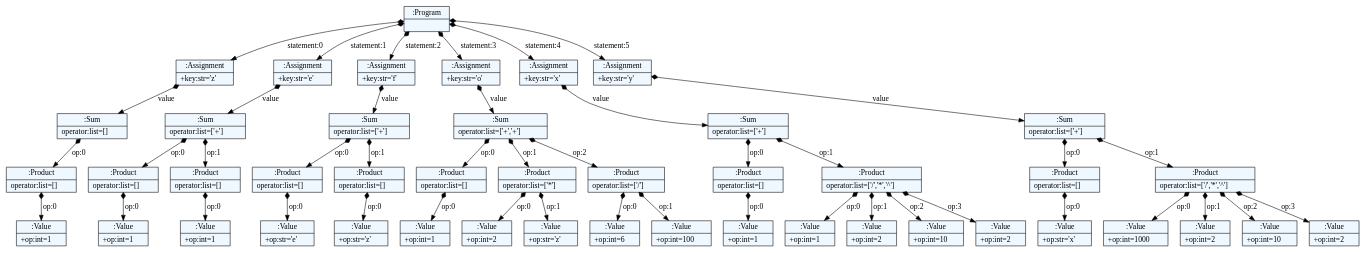
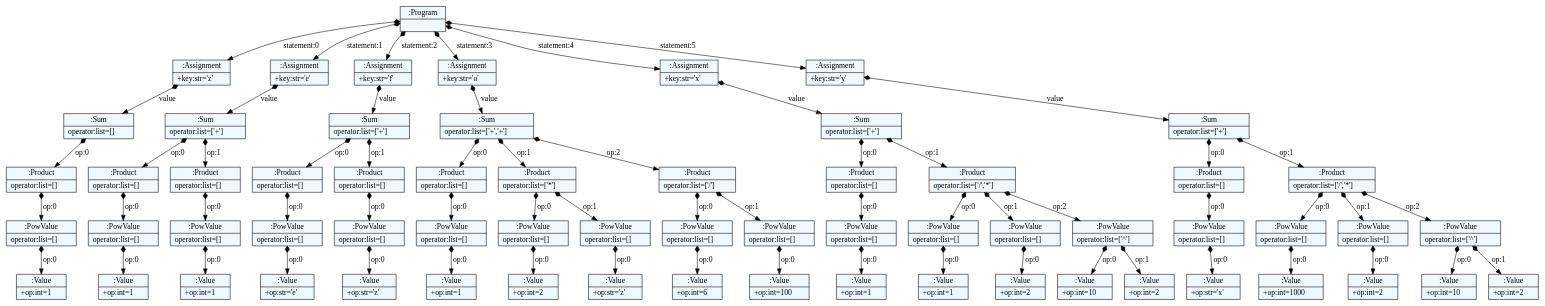
One commit to robinjack/dsl_for_data_analysis changed the diagram in examples/test_arithmetic_expression.dot. Above: the diagram before and after it, drawn with Graphviz. The commit also changed 18 other files, not shown here.

```diff
--- a/examples/test_arithmetic_expression.dot
+++ b/examples/test_arithmetic_expression.dot
@@ -1,104 +1,140 @@
 
     digraph textX {
     fontname = "Bitstream Vera Sans"
     fontsize = 8
     node[
         shape=record,
         style=filled,
         fillcolor=aliceblue
     ]
     nodesep = 0.3
     edge[dir=black,arrowtail=empty]
 
 
-4537915472 -> 4537915152 [label="statement:0" arrowtail=diamond dir=both]
-4537915152 -> 4537916304 [label="value" arrowtail=diamond dir=both]
-4537916304 -> 4538024272 [label="op:0" arrowtail=diamond dir=both]
-4538024272 -> 4538025040 [label="op:0" arrowtail=diamond dir=both]
-4538025040[label="{:Value|+op:int=1\l}"]
-4538024272[label="{:Product|operator:list=[]\l}"]
-4537916304[label="{:Sum|operator:list=[]\l}"]
-4537915152[label="{:Assignment|+key:str='z'\l}"]
-4537915472 -> 4537913680 [label="statement:1" arrowtail=diamond dir=both]
-4537913680 -> 4537915536 [label="value" arrowtail=diamond dir=both]
-4537915536 -> 4538024336 [label="op:0" arrowtail=diamond dir=both]
-4538024336 -> 4538025744 [label="op:0" arrowtail=diamond dir=both]
-4538025744[label="{:Value|+op:int=1\l}"]
-4538024336[label="{:Product|operator:list=[]\l}"]
-4537915536 -> 4538025488 [label="op:1" arrowtail=diamond dir=both]
-4538025488 -> 4538025424 [label="op:0" arrowtail=diamond dir=both]
-4538025424[label="{:Value|+op:int=1\l}"]
-4538025488[label="{:Product|operator:list=[]\l}"]
-4537915536[label="{:Sum|operator:list=['+']\l}"]
-4537913680[label="{:Assignment|+key:str='e'\l}"]
-4537915472 -> 4537915280 [label="statement:2" arrowtail=diamond dir=both]
-4537915280 -> 4538024976 [label="value" arrowtail=diamond dir=both]
-4538024976 -> 4538025552 [label="op:0" arrowtail=diamond dir=both]
-4538025552 -> 4538025936 [label="op:0" arrowtail=diamond dir=both]
-4538025936[label="{:Value|+op:str='e'\l}"]
-4538025552[label="{:Product|operator:list=[]\l}"]
-4538024976 -> 4538025808 [label="op:1" arrowtail=diamond dir=both]
-4538025808 -> 4538025872 [label="op:0" arrowtail=diamond dir=both]
-4538025872[label="{:Value|+op:str='z'\l}"]
-4538025808[label="{:Product|operator:list=[]\l}"]
-4538024976[label="{:Sum|operator:list=['+']\l}"]
-4537915280[label="{:Assignment|+key:str='f'\l}"]
-4537915472 -> 4538024656 [label="statement:3" arrowtail=diamond dir=both]
-4538024656 -> 4538025104 [label="value" arrowtail=diamond dir=both]
-4538025104 -> 4538024912 [label="op:0" arrowtail=diamond dir=both]
-4538024912 -> 4538024016 [label="op:0" arrowtail=diamond dir=both]
-4538024016[label="{:Value|+op:int=1\l}"]
-4538024912[label="{:Product|operator:list=[]\l}"]
-4538025104 -> 4538026192 [label="op:1" arrowtail=diamond dir=both]
-4538026192 -> 4538026128 [label="op:0" arrowtail=diamond dir=both]
-4538026128[label="{:Value|+op:int=2\l}"]
-4538026192 -> 4538026384 [label="op:1" arrowtail=diamond dir=both]
-4538026384[label="{:Value|+op:str='z'\l}"]
-4538026192[label="{:Product|operator:list=['*']\l}"]
-4538025104 -> 4538024592 [label="op:2" arrowtail=diamond dir=both]
-4538024592 -> 4538026448 [label="op:0" arrowtail=diamond dir=both]
-4538026448[label="{:Value|+op:int=6\l}"]
-4538024592 -> 4538026320 [label="op:1" arrowtail=diamond dir=both]
-4538026320[label="{:Value|+op:int=100\l}"]
-4538024592[label="{:Product|operator:list=['/']\l}"]
-4538025104[label="{:Sum|operator:list=['+','+']\l}"]
-4538024656[label="{:Assignment|+key:str='o'\l}"]
-4537915472 -> 4538026000 [label="statement:4" arrowtail=diamond dir=both]
-4538026000 -> 4538024848 [label="value" arrowtail=diamond dir=both]
-4538024848 -> 4538026512 [label="op:0" arrowtail=diamond dir=both]
-4538026512 -> 4538026576 [label="op:0" arrowtail=diamond dir=both]
-4538026576[label="{:Value|+op:int=1\l}"]
-4538026512[label="{:Product|operator:list=[]\l}"]
-4538024848 -> 4538026832 [label="op:1" arrowtail=diamond dir=both]
-4538026832 -> 4538026768 [label="op:0" arrowtail=diamond dir=both]
-4538026768[label="{:Value|+op:int=1\l}"]
-4538026832 -> 4538027024 [label="op:1" arrowtail=diamond dir=both]
-4538027024[label="{:Value|+op:int=2\l}"]
-4538026832 -> 4538027088 [label="op:2" arrowtail=diamond dir=both]
-4538027088[label="{:Value|+op:int=10\l}"]
-4538026832 -> 4538027152 [label="op:3" arrowtail=diamond dir=both]
-4538027152[label="{:Value|+op:int=2\l}"]
-4538026832[label="{:Product|operator:list=['/','*','^']\l}"]
-4538024848[label="{:Sum|operator:list=['+']\l}"]
-4538026000[label="{:Assignment|+key:str='x'\l}"]
-4537915472 -> 4538025680 [label="statement:5" arrowtail=diamond dir=both]
-4538025680 -> 4538026704 [label="value" arrowtail=diamond dir=both]
-4538026704 -> 4538027216 [label="op:0" arrowtail=diamond dir=both]
-4538027216 -> 4538027344 [label="op:0" arrowtail=diamond dir=both]
-4538027344[label="{:Value|+op:str='x'\l}"]
-4538027216[label="{:Product|operator:list=[]\l}"]
-4538026704 -> 4538027472 [label="op:1" arrowtail=diamond dir=both]
-4538027472 -> 4538027408 [label="op:0" arrowtail=diamond dir=both]
-4538027408[label="{:Value|+op:int=1000\l}"]
-4538027472 -> 4538027664 [label="op:1" arrowtail=diamond dir=both]
-4538027664[label="{:Value|+op:int=2\l}"]
-4538027472 -> 4538027728 [label="op:2" arrowtail=diamond dir=both]
-4538027728[label="{:Value|+op:int=10\l}"]
-4538027472 -> 4538027792 [label="op:3" arrowtail=diamond dir=both]
-4538027792[label="{:Value|+op:int=2\l}"]
-4538027472[label="{:Product|operator:list=['/','*','^']\l}"]
-4538026704[label="{:Sum|operator:list=['+']\l}"]
-4538025680[label="{:Assignment|+key:str='y'\l}"]
-4537915472[label="{:Program|}"]
+4636895504 -> 4636809488 [label="statement:0" arrowtail=diamond dir=both]
+4636809488 -> 4636807504 [label="value" arrowtail=diamond dir=both]
+4636807504 -> 4636807696 [label="op:0" arrowtail=diamond dir=both]
+4636807696 -> 4637021776 [label="op:0" arrowtail=diamond dir=both]
+4637021776 -> 4637021904 [label="op:0" arrowtail=diamond dir=both]
+4637021904[label="{:Value|+op:int=1\l}"]
+4637021776[label="{:PowValue|operator:list=[]\l}"]
+4636807696[label="{:Product|operator:list=[]\l}"]
+4636807504[label="{:Sum|operator:list=[]\l}"]
+4636809488[label="{:Assignment|+key:str='z'\l}"]
+4636895504 -> 4636807760 [label="statement:1" arrowtail=diamond dir=both]
+4636807760 -> 4636808272 [label="value" arrowtail=diamond dir=both]
+4636808272 -> 4637021712 [label="op:0" arrowtail=diamond dir=both]
+4637021712 -> 4637020944 [label="op:0" arrowtail=diamond dir=both]
+4637020944 -> 4637023440 [label="op:0" arrowtail=diamond dir=both]
+4637023440[label="{:Value|+op:int=1\l}"]
+4637020944[label="{:PowValue|operator:list=[]\l}"]
+4637021712[label="{:Product|operator:list=[]\l}"]
+4636808272 -> 4637021392 [label="op:1" arrowtail=diamond dir=both]
+4637021392 -> 4637020432 [label="op:0" arrowtail=diamond dir=both]
+4637020432 -> 4637023696 [label="op:0" arrowtail=diamond dir=both]
+4637023696[label="{:Value|+op:int=1\l}"]
+4637020432[label="{:PowValue|operator:list=[]\l}"]
+4637021392[label="{:Product|operator:list=[]\l}"]
+4636808272[label="{:Sum|operator:list=['+']\l}"]
+4636807760[label="{:Assignment|+key:str='e'\l}"]
+4636895504 -> 4636809424 [label="statement:2" arrowtail=diamond dir=both]
+4636809424 -> 4637021264 [label="value" arrowtail=diamond dir=both]
+4637021264 -> 4637023120 [label="op:0" arrowtail=diamond dir=both]
+4637023120 -> 4637023824 [label="op:0" arrowtail=diamond dir=both]
+4637023824 -> 4637023376 [label="op:0" arrowtail=diamond dir=both]
+4637023376[label="{:Value|+op:str='e'\l}"]
+4637023824[label="{:PowValue|operator:list=[]\l}"]
+4637023120[label="{:Product|operator:list=[]\l}"]
+4637021264 -> 4637023760 [label="op:1" arrowtail=diamond dir=both]
+4637023760 -> 4637022160 [label="op:0" arrowtail=diamond dir=both]
+4637022160 -> 4637022928 [label="op:0" arrowtail=diamond dir=both]
+4637022928[label="{:Value|+op:str='z'\l}"]
+4637022160[label="{:PowValue|operator:list=[]\l}"]
+4637023760[label="{:Product|operator:list=[]\l}"]
+4637021264[label="{:Sum|operator:list=['+']\l}"]
+4636809424[label="{:Assignment|+key:str='f'\l}"]
+4636895504 -> 4636811024 [label="statement:3" arrowtail=diamond dir=both]
+4636811024 -> 4637023568 [label="value" arrowtail=diamond dir=both]
+4637023568 -> 4637023632 [label="op:0" arrowtail=diamond dir=both]
+4637023632 -> 4637022224 [label="op:0" arrowtail=diamond dir=both]
+4637022224 -> 4636793168 [label="op:0" arrowtail=diamond dir=both]
+4636793168[label="{:Value|+op:int=1\l}"]
+4637022224[label="{:PowValue|operator:list=[]\l}"]
+4637023632[label="{:Product|operator:list=[]\l}"]
+4637023568 -> 4637022608 [label="op:1" arrowtail=diamond dir=both]
+4637022608 -> 4637021456 [label="op:0" arrowtail=diamond dir=both]
+4637021456 -> 4636792208 [label="op:0" arrowtail=diamond dir=both]
+4636792208[label="{:Value|+op:int=2\l}"]
+4637021456[label="{:PowValue|operator:list=[]\l}"]
+4637022608 -> 4636793680 [label="op:1" arrowtail=diamond dir=both]
+4636793680 -> 4636791824 [label="op:0" arrowtail=diamond dir=both]
+4636791824[label="{:Value|+op:str='z'\l}"]
+4636793680[label="{:PowValue|operator:list=[]\l}"]
+4637022608[label="{:Product|operator:list=['*']\l}"]
+4637023568 -> 4637022672 [label="op:2" arrowtail=diamond dir=both]
+4637022672 -> 4636791440 [label="op:0" arrowtail=diamond dir=both]
+4636791440 -> 4636791312 [label="op:0" arrowtail=diamond dir=both]
+4636791312[label="{:Value|+op:int=6\l}"]
+4636791440[label="{:PowValue|operator:list=[]\l}"]
+4637022672 -> 4636791632 [label="op:1" arrowtail=diamond dir=both]
+4636791632 -> 4636791504 [label="op:0" arrowtail=diamond dir=both]
+4636791504[label="{:Value|+op:int=100\l}"]
+4636791632[label="{:PowValue|operator:list=[]\l}"]
+4637022672[label="{:Product|operator:list=['/']\l}"]
+4637023568[label="{:Sum|operator:list=['+','+']\l}"]
+4636811024[label="{:Assignment|+key:str='o'\l}"]
+4636895504 -> 4637021200 [label="statement:4" arrowtail=diamond dir=both]
+4637021200 -> 4637022800 [label="value" arrowtail=diamond dir=both]
+4637022800 -> 4636791184 [label="op:0" arrowtail=diamond dir=both]
+4636791184 -> 4636793040 [label="op:0" arrowtail=diamond dir=both]
+4636793040 -> 4636793552 [label="op:0" arrowtail=diamond dir=both]
+4636793552[label="{:Value|+op:int=1\l}"]
+4636793040[label="{:PowValue|operator:list=[]\l}"]
+4636791184[label="{:Product|operator:list=[]\l}"]
+4637022800 -> 4636793488 [label="op:1" arrowtail=diamond dir=both]
+4636793488 -> 4636793104 [label="op:0" arrowtail=diamond dir=both]
+4636793104 -> 4636794448 [label="op:0" arrowtail=diamond dir=both]
+4636794448[label="{:Value|+op:int=1\l}"]
+4636793104[label="{:PowValue|operator:list=[]\l}"]
+4636793488 -> 4636794832 [label="op:1" arrowtail=diamond dir=both]
+4636794832 -> 4636914704 [label="op:0" arrowtail=diamond dir=both]
+4636914704[label="{:Value|+op:int=2\l}"]
+4636794832[label="{:PowValue|operator:list=[]\l}"]
+4636793488 -> 4636792976 [label="op:2" arrowtail=diamond dir=both]
+4636792976 -> 4636917328 [label="op:0" arrowtail=diamond dir=both]
+4636917328[label="{:Value|+op:int=10\l}"]
+4636792976 -> 4636915984 [label="op:1" arrowtail=diamond dir=both]
+4636915984[label="{:Value|+op:int=2\l}"]
+4636792976[label="{:PowValue|operator:list=['^']\l}"]
+4636793488[label="{:Product|operator:list=['/','*']\l}"]
+4637022800[label="{:Sum|operator:list=['+']\l}"]
+4637021200[label="{:Assignment|+key:str='x'\l}"]
+4636895504 -> 4637023312 [label="statement:5" arrowtail=diamond dir=both]
+4637023312 -> 4636793232 [label="value" arrowtail=diamond dir=both]
+4636793232 -> 4636917136 [label="op:0" arrowtail=diamond dir=both]
+4636917136 -> 4636915216 [label="op:0" arrowtail=diamond dir=both]
+4636915216 -> 4636916816 [label="op:0" arrowtail=diamond dir=both]
+4636916816[label="{:Value|+op:str='x'\l}"]
+4636915216[label="{:PowValue|operator:list=[]\l}"]
+4636917136[label="{:Product|operator:list=[]\l}"]
+4636793232 -> 4636913936 [label="op:1" arrowtail=diamond dir=both]
+4636913936 -> 4636915472 [label="op:0" arrowtail=diamond dir=both]
+4636915472 -> 4636854736 [label="op:0" arrowtail=diamond dir=both]
+4636854736[label="{:Value|+op:int=1000\l}"]
+4636915472[label="{:PowValue|operator:list=[]\l}"]
+4636913936 -> 4636917200 [label="op:1" arrowtail=diamond dir=both]
+4636917200 -> 4636852880 [label="op:0" arrowtail=diamond dir=both]
+4636852880[label="{:Value|+op:int=2\l}"]
+4636917200[label="{:PowValue|operator:list=[]\l}"]
+4636913936 -> 4636915600 [label="op:2" arrowtail=diamond dir=both]
+4636915600 -> 4636854480 [label="op:0" arrowtail=diamond dir=both]
+4636854480[label="{:Value|+op:int=10\l}"]
+4636915600 -> 4636854672 [label="op:1" arrowtail=diamond dir=both]
+4636854672[label="{:Value|+op:int=2\l}"]
+4636915600[label="{:PowValue|operator:list=['^']\l}"]
+4636913936[label="{:Product|operator:list=['/','*']\l}"]
+4636793232[label="{:Sum|operator:list=['+']\l}"]
+4637023312[label="{:Assignment|+key:str='y'\l}"]
+4636895504[label="{:Program|}"]
 
 }
```
